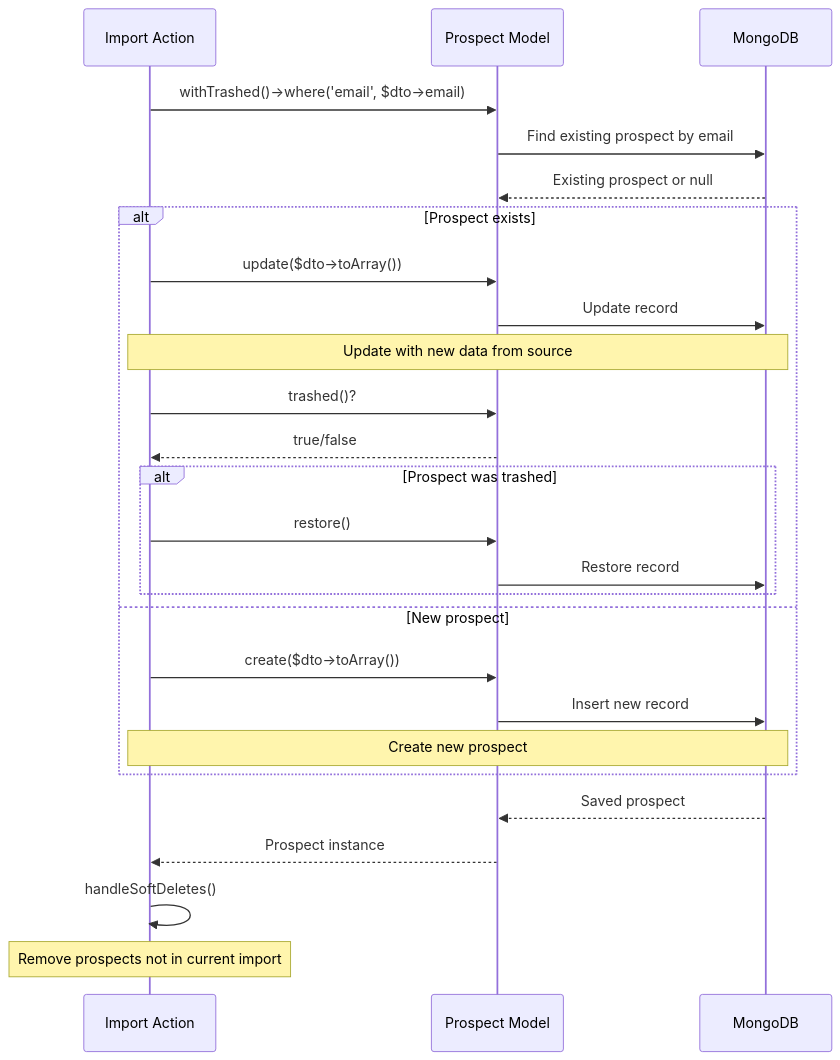
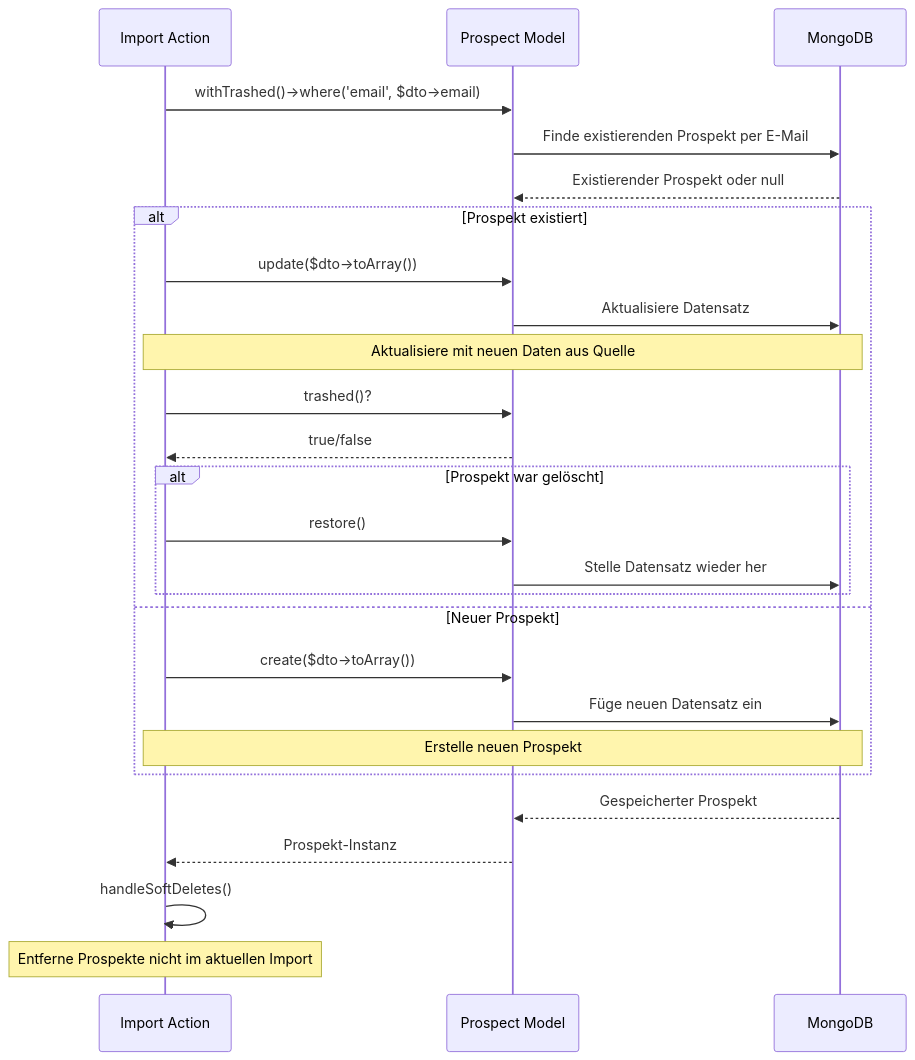
One commit to chrisoco/APDE_BE changed the sixth of 7 diagrams in docs/src/Prospects.md. Above: the diagram before and after it, drawn with Mermaid. The commit also changed other lines of this file and 14 other files, not shown here.

````diff
--- a/docs/src/Prospects.md
+++ b/docs/src/Prospects.md
@@ -286,34 +286,34 @@
 ```mermaid
 sequenceDiagram
     participant Import as Import Action
     participant Model as Prospect Model
     participant DB as MongoDB
 
     Import->>Model: withTrashed()->where('email', $dto->email)
-    Model->>DB: Find existing prospect by email
-    DB-->>Model: Existing prospect or null
-    
-    alt Prospect exists
+    Model->>DB: Finde existierenden Prospekt per E-Mail
+    DB-->>Model: Existierender Prospekt oder null
+
+    alt Prospekt existiert
         Import->>Model: update($dto->toArray())
-        Model->>DB: Update record
-        Note over Import,DB: Update with new data from source
-        
+        Model->>DB: Aktualisiere Datensatz
+        Note over Import,DB: Aktualisiere mit neuen Daten aus Quelle
+
         Import->>Model: trashed()?
         Model-->>Import: true/false
-        
-        alt Prospect was trashed
+
+        alt Prospekt war gelöscht
             Import->>Model: restore()
-            Model->>DB: Restore record
+            Model->>DB: Stelle Datensatz wieder her
         end
-    else New prospect
+    else Neuer Prospekt
         Import->>Model: create($dto->toArray())
-        Model->>DB: Insert new record
-        Note over Import,DB: Create new prospect
+        Model->>DB: Füge neuen Datensatz ein
+        Note over Import,DB: Erstelle neuen Prospekt
     end
-    
-    DB-->>Model: Saved prospect
-    Model-->>Import: Prospect instance
-    
+
+    DB-->>Model: Gespeicherter Prospekt
+    Model-->>Import: Prospekt-Instanz
+
     Import->>Import: handleSoftDeletes()
-    Note over Import: Remove prospects not in current import
+    Note over Import: Entferne Prospekte nicht im aktuellen Import
 ```
````
